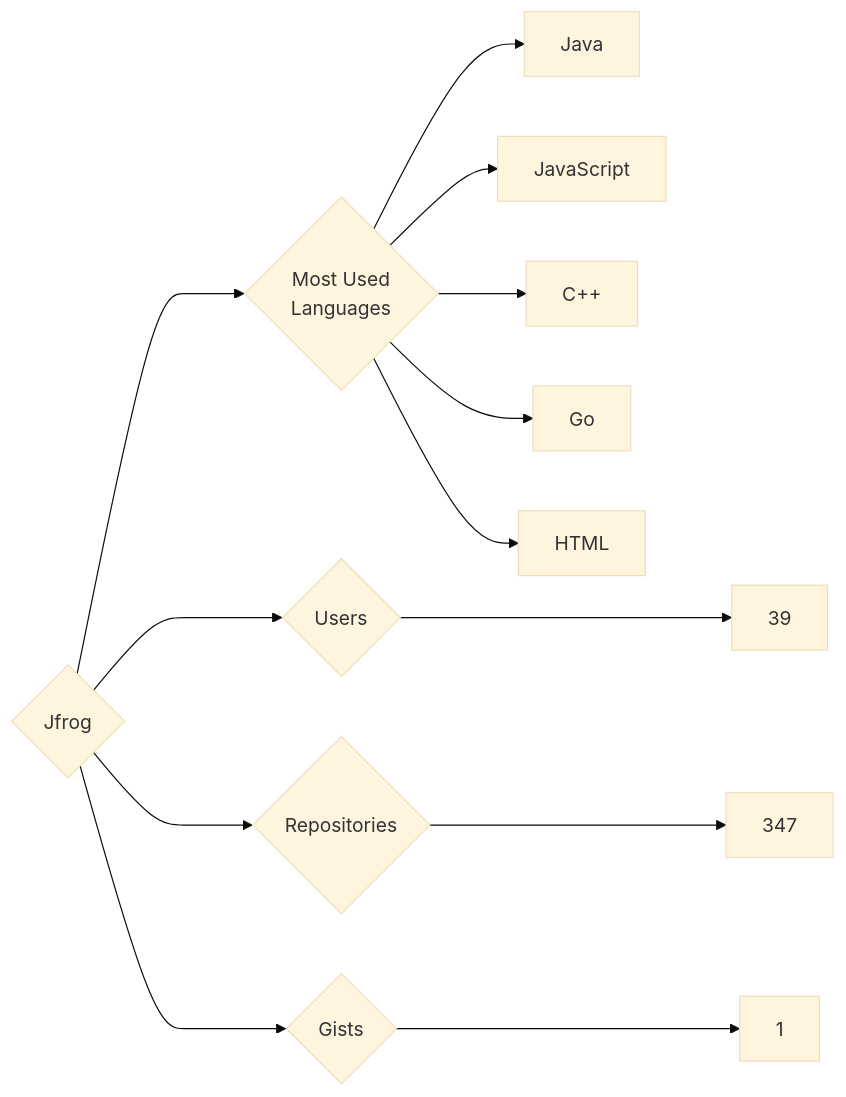
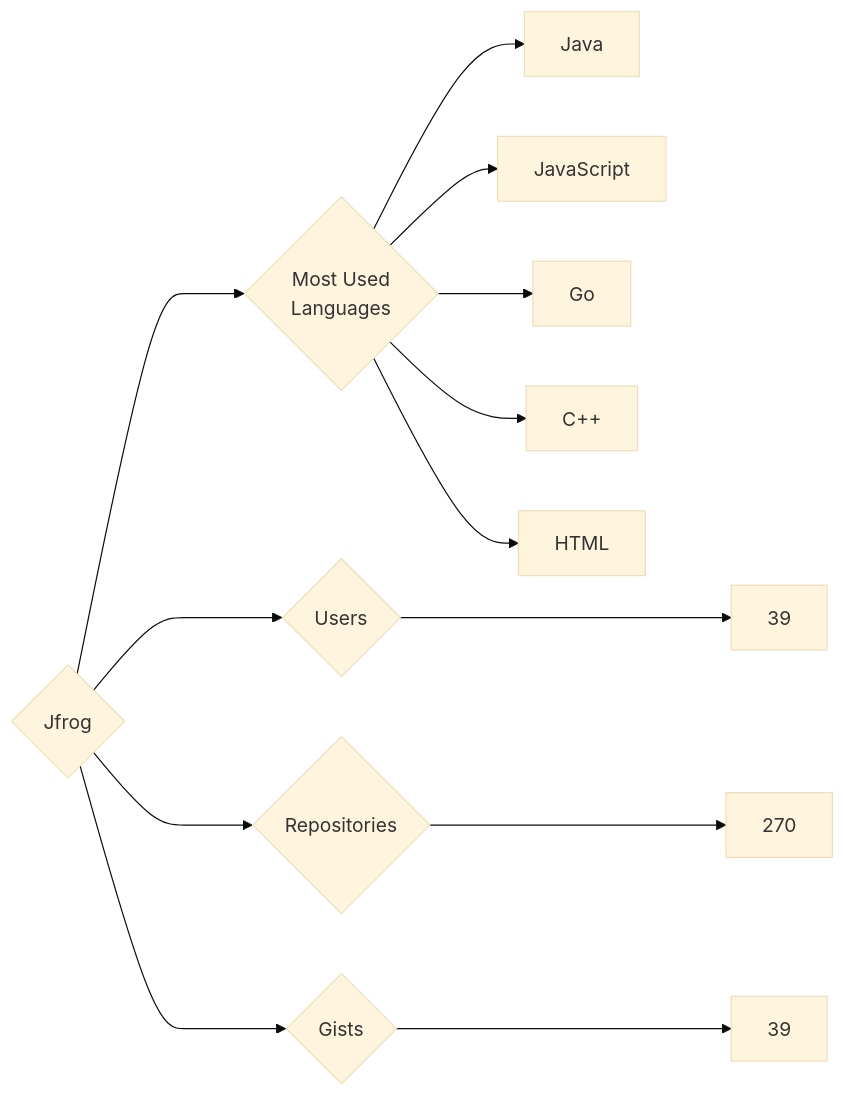
One commit to trickest/insiders changed the diagram in targets/Jfrog/README.md. Above: the diagram before and after it, drawn with Mermaid (base theme). The commit also changed 984 other files, not shown here.

````diff
--- a/targets/Jfrog/README.md
+++ b/targets/Jfrog/README.md
@@ -3,13 +3,13 @@
 ```mermaid
 graph LR
 COMPANY_NAME{Jfrog}
 COMPANY_NAME ---> U{Users} ---> UN[39]
-COMPANY_NAME ---> R{Repositories} ---> RN[347]
-COMPANY_NAME ---> G{Gists} ---> GN[1]
+COMPANY_NAME ---> R{Repositories} ---> RN[270]
+COMPANY_NAME ---> G{Gists} ---> GN[39]
 COMPANY_NAME ---> ML{Most Used<br>Languages}
 ML --> Java[Java]
 ML --> JavaScript[JavaScript]
+ML --> Go[Go]
 ML --> C++[C++]
-ML --> Go[Go]
 ML --> HTML[HTML]
 ```
````
